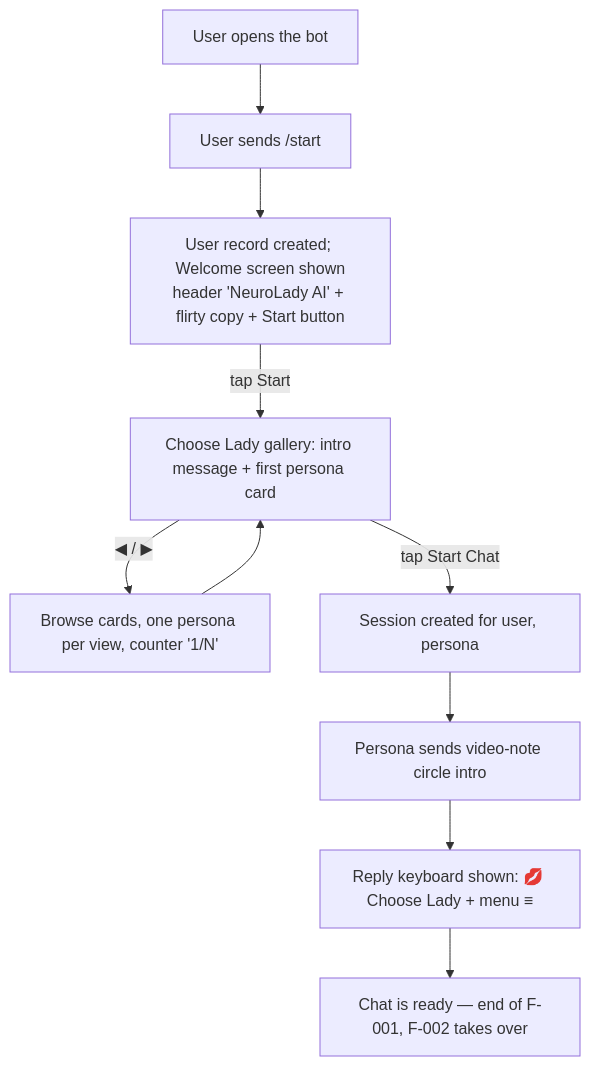
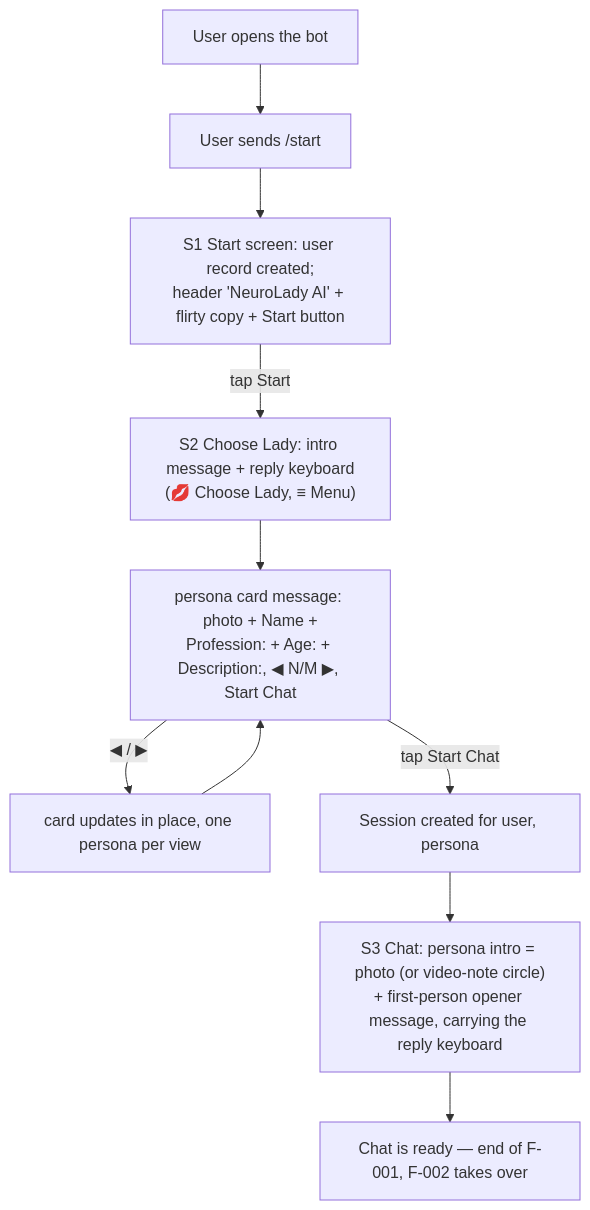
The first of 3 diagrams in developer files/features/F-001-onboarding-persona-selection.md (b3ly4ck/NeuroLady_Persona_Engine), drawn with Mermaid before and after one commit. The commit also changed other lines of this file and 9 other files, not shown here.

````diff
--- a/developer files/features/F-001-onboarding-persona-selection.md
+++ b/developer files/features/F-001-onboarding-persona-selection.md
@@ -59,12 +59,12 @@
 ```mermaid
 flowchart TD
     A[User opens the bot] --> B[User sends /start]
-    B --> C[User record created; Welcome screen shown<br/>header 'NeuroLady AI' + flirty copy + Start button]
-    C -->|tap Start| D[Choose Lady gallery: intro message + first persona card]
-    D -->|◀ / ▶| E[Browse cards, one persona per view, counter '1/N']
-    E --> D
-    D -->|tap Start Chat| F[Session created for user, persona]
-    F --> G[Persona sends video-note circle intro]
-    G --> H[Reply keyboard shown: 💋 Choose Lady + menu ≡]
-    H --> I[Chat is ready — end of F-001, F-002 takes over]
+    B --> C["S1 Start screen: user record created;<br/>header 'NeuroLady AI' + flirty copy + Start button"]
+    C -->|tap Start| D["S2 Choose Lady: intro message + reply keyboard<br/>(💋 Choose Lady, ≡ Menu)"]
+    D --> E["persona card message: photo + Name +<br/>Profession: + Age: + Description:, ◀ N/M ▶, Start Chat"]
+    E -->|◀ / ▶| E2["card updates in place, one persona per view"]
+    E2 --> E
+    E -->|tap Start Chat| F[Session created for user, persona]
+    F --> G["S3 Chat: persona intro = photo (or video-note circle)<br/>+ first-person opener message, carrying the reply keyboard"]
+    G --> I[Chat is ready — end of F-001, F-002 takes over]
 ```
````
